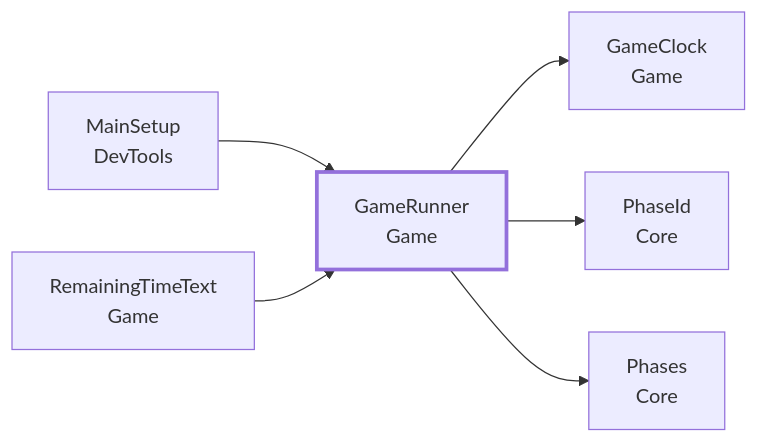
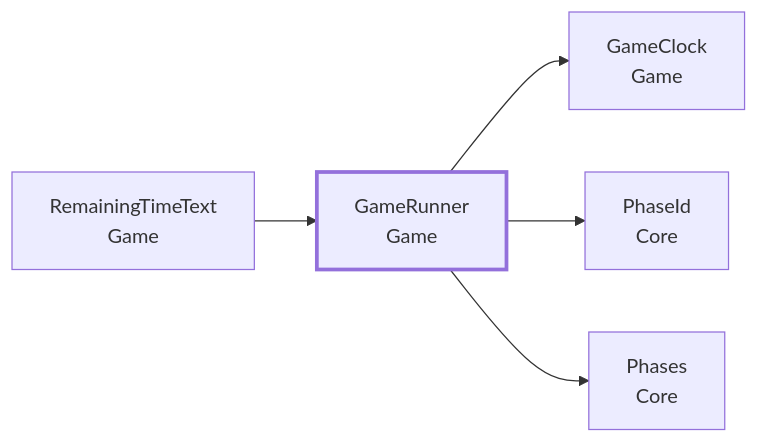
The second of 3 diagrams in docs/api/Game.md (Fialuxe/MouthOfGod_System), drawn with Mermaid before and after one commit. The commit also changed other lines of this file and 20 other files, not shown here.

First line of the commit message:
Main に GameRunner を置き、一度きりのメニューを消す

````diff
--- a/docs/api/Game.md
+++ b/docs/api/Game.md
@@ -97,10 +97,9 @@
 ```mermaid
 flowchart LR
   C_GameRunner["GameRunner<br/>Game"]:::me
-  U_MainSetup["MainSetup<br/>DevTools"] --> C_GameRunner
   U_RemainingTimeText["RemainingTimeText<br/>Game"] --> C_GameRunner
   C_GameRunner --> D_GameClock["GameClock<br/>Game"]
   C_GameRunner --> D_PhaseId["PhaseId<br/>Core"]
   C_GameRunner --> D_Phases["Phases<br/>Core"]
   classDef me stroke-width:3px
 ```
````
